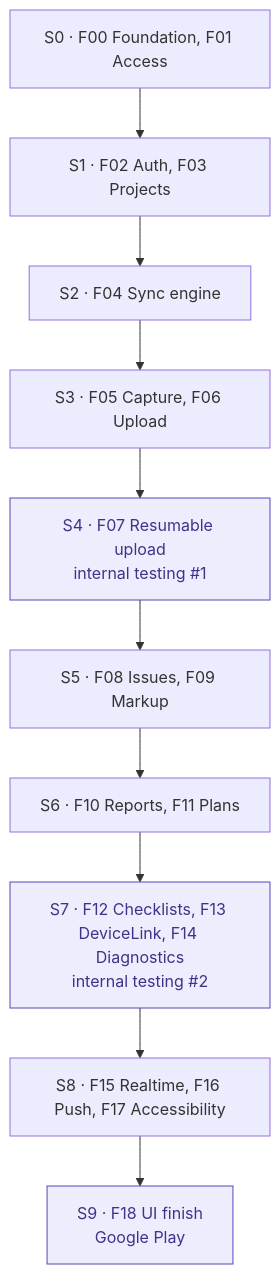
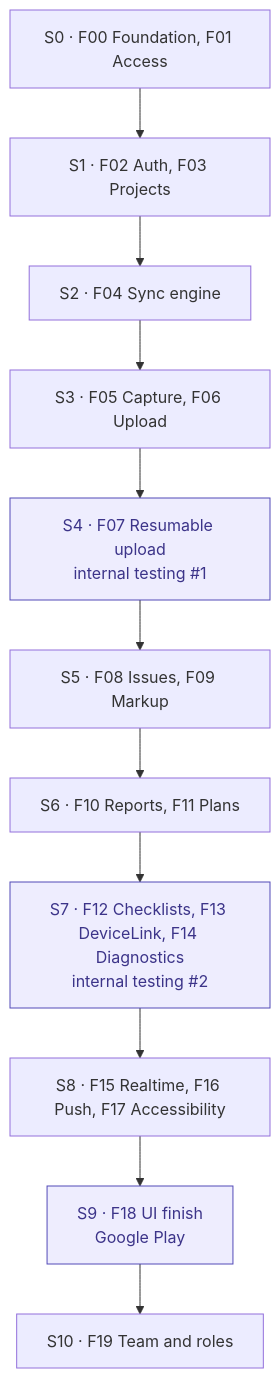
The second of 2 diagrams in docs/ROADMAP.md (DAMHONGDUC/site-log-android), drawn with Mermaid before and after one commit. The commit also changed other lines of this file, not shown here.

First line of the commit message:
docs: update docs - detail is team roles and issue assignee · ROADMAP.md (2/7)

````diff
--- a/docs/ROADMAP.md
+++ b/docs/ROADMAP.md
@@ -54,15 +54,16 @@
 ```mermaid
 flowchart TD
     S0["S0 · F00 Foundation, F01 Access"] --> S1["S1 · F02 Auth, F03 Projects"]
     S1 --> S2["S2 · F04 Sync engine"]
     S2 --> S3["S3 · F05 Capture, F06 Upload"]
     S3 --> S4["S4 · F07 Resumable upload<br/>internal testing #1"]
     S4 --> S5["S5 · F08 Issues, F09 Markup"]
     S5 --> S6["S6 · F10 Reports, F11 Plans"]
     S6 --> S7["S7 · F12 Checklists, F13 DeviceLink, F14 Diagnostics<br/>internal testing #2"]
     S7 --> S8["S8 · F15 Realtime, F16 Push, F17 Accessibility"]
     S8 --> S9["S9 · F18 UI finish<br/>Google Play"]
+    S9 --> S10["S10 · F19 Team and roles"]
 
     classDef ship fill:#EEEDFE,stroke:#534AB7,color:#3C3489
     class S4,S7,S9 ship
 ```
````
